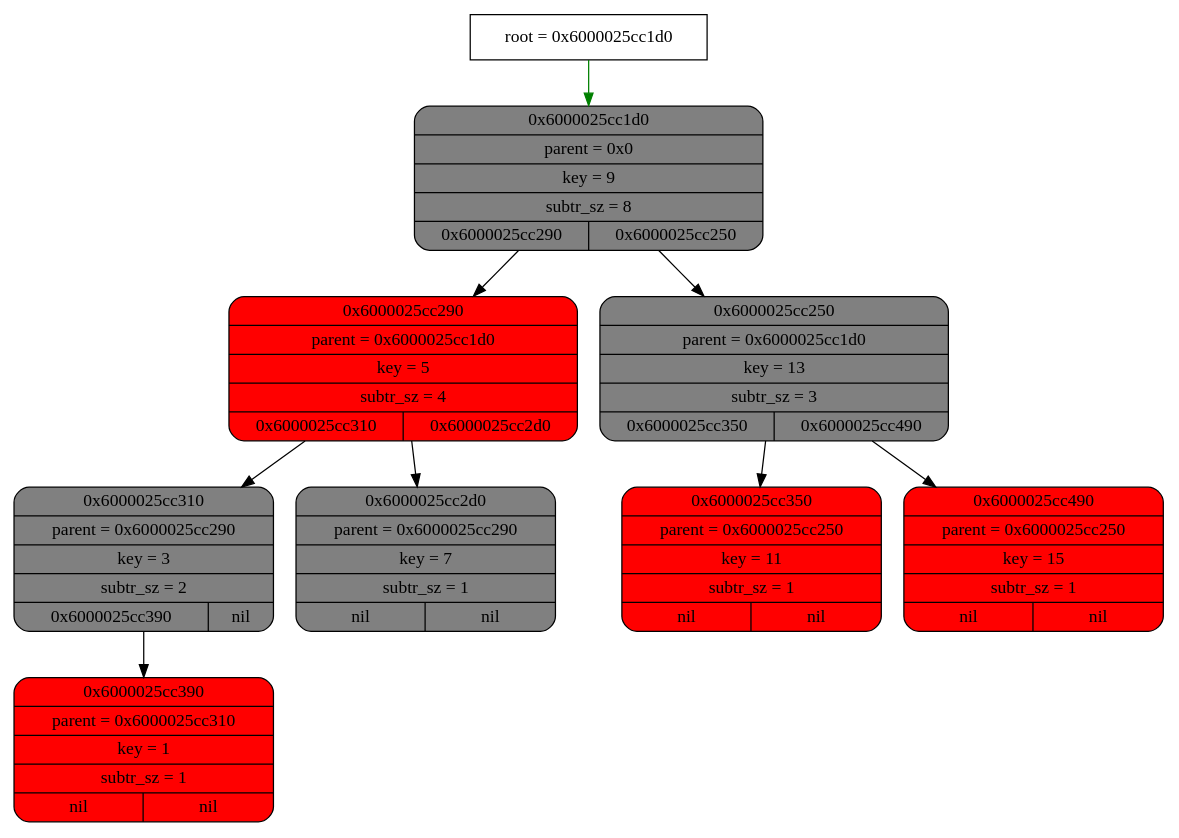
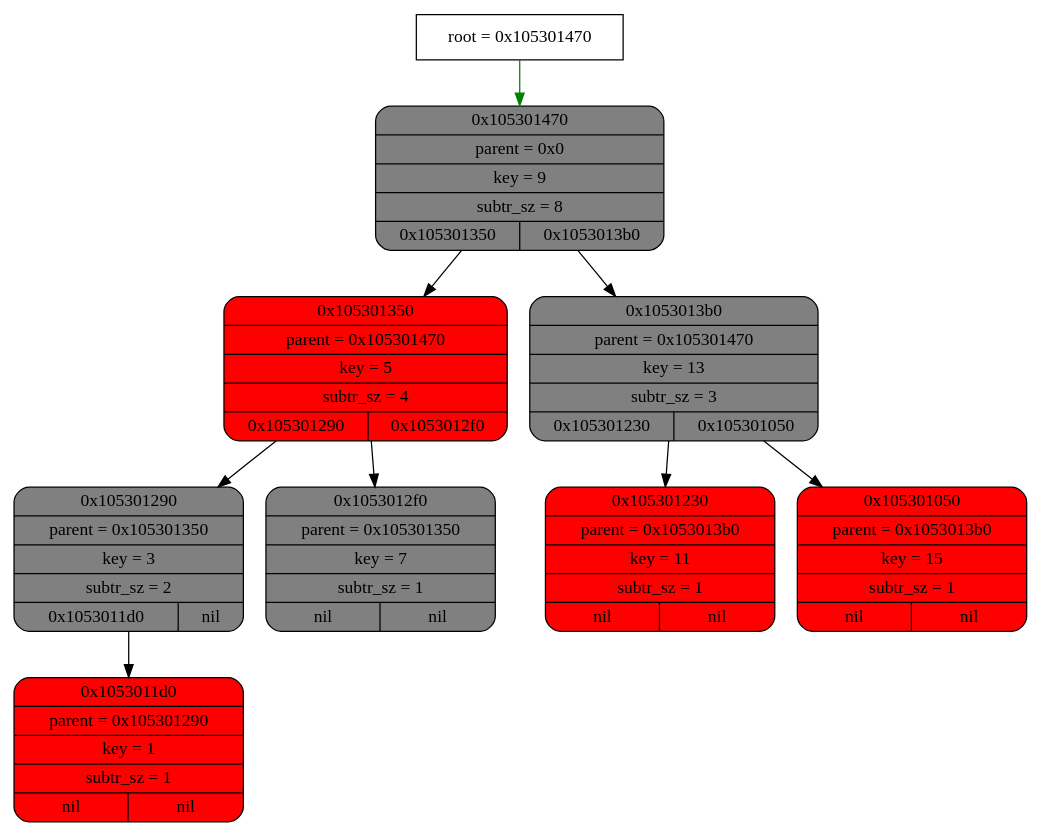
One commit to esgalimov/tree changed the diagram in graphviz.dot. Above: the diagram before and after it, drawn with Graphviz. The commit also changed 5 other files, not shown here.

```diff
--- a/graphviz.dot
+++ b/graphviz.dot
@@ -1,30 +1,30 @@
 digraph
 {
-    node_info[shape = record, label = "{root = 0x6000025cc1d0}"];
+    node_info[shape = record, label = "{root = 0x105301470}"];
 
-    node_info->node_0x6000025cc1d0 [color = "green"];
-    node_0x6000025cc1d0[shape = Mrecord, label = "{{0x6000025cc1d0} | {parent =  0x0} | {key = 9} | {subtr_sz = 8} | {0x6000025cc290| 0x6000025cc250}}",
+    node_info->node_0x105301470 [color = "green"];
+    node_0x105301470[shape = Mrecord, label = "{{0x105301470} | {parent =  0x0} | {key = 9} | {subtr_sz = 8} | {0x105301350| 0x1053013b0}}",
  style="filled", fillcolor="grey"];
-    node_0x6000025cc290[shape = Mrecord, label = "{{0x6000025cc290} | {parent =  0x6000025cc1d0} | {key = 5} | {subtr_sz = 4} | {0x6000025cc310| 0x6000025cc2d0}}",
+    node_0x105301350[shape = Mrecord, label = "{{0x105301350} | {parent =  0x105301470} | {key = 5} | {subtr_sz = 4} | {0x105301290| 0x1053012f0}}",
  style="filled", fillcolor="red"];
-    node_0x6000025cc310[shape = Mrecord, label = "{{0x6000025cc310} | {parent =  0x6000025cc290} | {key = 3} | {subtr_sz = 2} | {0x6000025cc390| nil}}",
+    node_0x105301290[shape = Mrecord, label = "{{0x105301290} | {parent =  0x105301350} | {key = 3} | {subtr_sz = 2} | {0x1053011d0| nil}}",
  style="filled", fillcolor="grey"];
-    node_0x6000025cc390[shape = Mrecord, label = "{{0x6000025cc390} | {parent =  0x6000025cc310} | {key = 1} | {subtr_sz = 1} | {nil | nil}}",
+    node_0x1053011d0[shape = Mrecord, label = "{{0x1053011d0} | {parent =  0x105301290} | {key = 1} | {subtr_sz = 1} | {nil | nil}}",
  style="filled", fillcolor="red"];
-    node_0x6000025cc2d0[shape = Mrecord, label = "{{0x6000025cc2d0} | {parent =  0x6000025cc290} | {key = 7} | {subtr_sz = 1} | {nil | nil}}",
+    node_0x1053012f0[shape = Mrecord, label = "{{0x1053012f0} | {parent =  0x105301350} | {key = 7} | {subtr_sz = 1} | {nil | nil}}",
  style="filled", fillcolor="grey"];
-    node_0x6000025cc250[shape = Mrecord, label = "{{0x6000025cc250} | {parent =  0x6000025cc1d0} | {key = 13} | {subtr_sz = 3} | {0x6000025cc350| 0x6000025cc490}}",
+    node_0x1053013b0[shape = Mrecord, label = "{{0x1053013b0} | {parent =  0x105301470} | {key = 13} | {subtr_sz = 3} | {0x105301230| 0x105301050}}",
  style="filled", fillcolor="grey"];
-    node_0x6000025cc350[shape = Mrecord, label = "{{0x6000025cc350} | {parent =  0x6000025cc250} | {key = 11} | {subtr_sz = 1} | {nil | nil}}",
+    node_0x105301230[shape = Mrecord, label = "{{0x105301230} | {parent =  0x1053013b0} | {key = 11} | {subtr_sz = 1} | {nil | nil}}",
  style="filled", fillcolor="red"];
-    node_0x6000025cc490[shape = Mrecord, label = "{{0x6000025cc490} | {parent =  0x6000025cc250} | {key = 15} | {subtr_sz = 1} | {nil | nil}}",
+    node_0x105301050[shape = Mrecord, label = "{{0x105301050} | {parent =  0x1053013b0} | {key = 15} | {subtr_sz = 1} | {nil | nil}}",
  style="filled", fillcolor="red"];
-    node_0x6000025cc1d0->node_0x6000025cc290
-    node_0x6000025cc1d0->node_0x6000025cc250
-    node_0x6000025cc250->node_0x6000025cc350
-    node_0x6000025cc250->node_0x6000025cc490
-    node_0x6000025cc290->node_0x6000025cc310
-    node_0x6000025cc290->node_0x6000025cc2d0
-    node_0x6000025cc310->node_0x6000025cc390
+    node_0x105301470->node_0x105301350
+    node_0x105301470->node_0x1053013b0
+    node_0x1053013b0->node_0x105301230
+    node_0x1053013b0->node_0x105301050
+    node_0x105301350->node_0x105301290
+    node_0x105301350->node_0x1053012f0
+    node_0x105301290->node_0x1053011d0
 
 }
```
